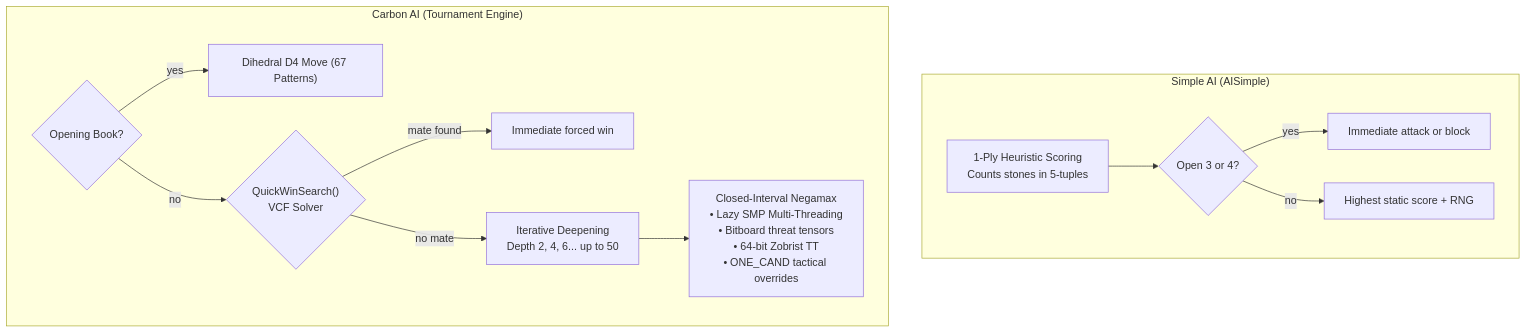
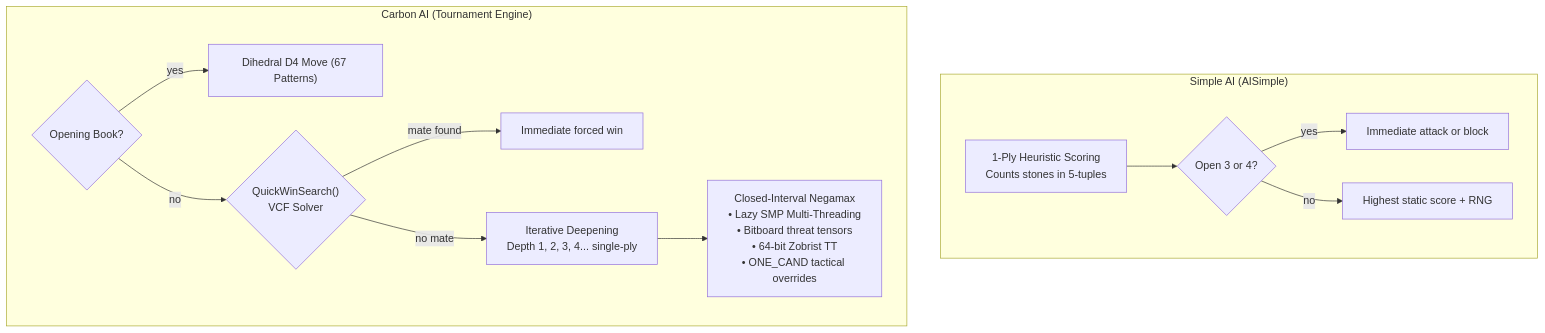
The third of 3 diagrams in docs/brain/14-gui-and-settings.md (cjp-dev/Gomoku), drawn with Mermaid before and after one commit. The commit also changed other lines of this file and 29 other files, not shown here.

````diff
--- a/docs/brain/14-gui-and-settings.md
+++ b/docs/brain/14-gui-and-settings.md
@@ -198,16 +198,16 @@
 ```mermaid
 flowchart TD
     subgraph SimpleAI ["Simple AI (AISimple)"]
         S_Eval["1-Ply Heuristic Scoring<br/>Counts stones in 5-tuples"] --> S_Threat{"Open 3 or 4?"}
         S_Threat -- "yes" --> S_Act["Immediate attack or block"]
         S_Threat -- "no" --> S_Greedy["Highest static score + RNG"]
     end
 
     subgraph CarbonAI ["Carbon AI (Tournament Engine)"]
         C_Book{"Opening Book?"} -- "yes" --> C_PlayBook["Dihedral D4 Move (67 Patterns)"]
         C_Book -- "no" --> C_VCF{"QuickWinSearch()<br/>VCF Solver"}
         C_VCF -- "mate found" --> C_Mate["Immediate forced win"]
-        C_VCF -- "no mate" --> C_ID["Iterative Deepening<br/>Depth 2, 4, 6... up to 50"]
+        C_VCF -- "no mate" --> C_ID["Iterative Deepening<br/>Depth 1, 2, 3, 4... single-ply"]
         C_ID --> C_AB["Closed-Interval Negamax<br/>• Lazy SMP Multi-Threading<br/>• Bitboard threat tensors<br/>• 64-bit Zobrist TT<br/>• ONE_CAND tactical overrides"]
     end
 ```
````
